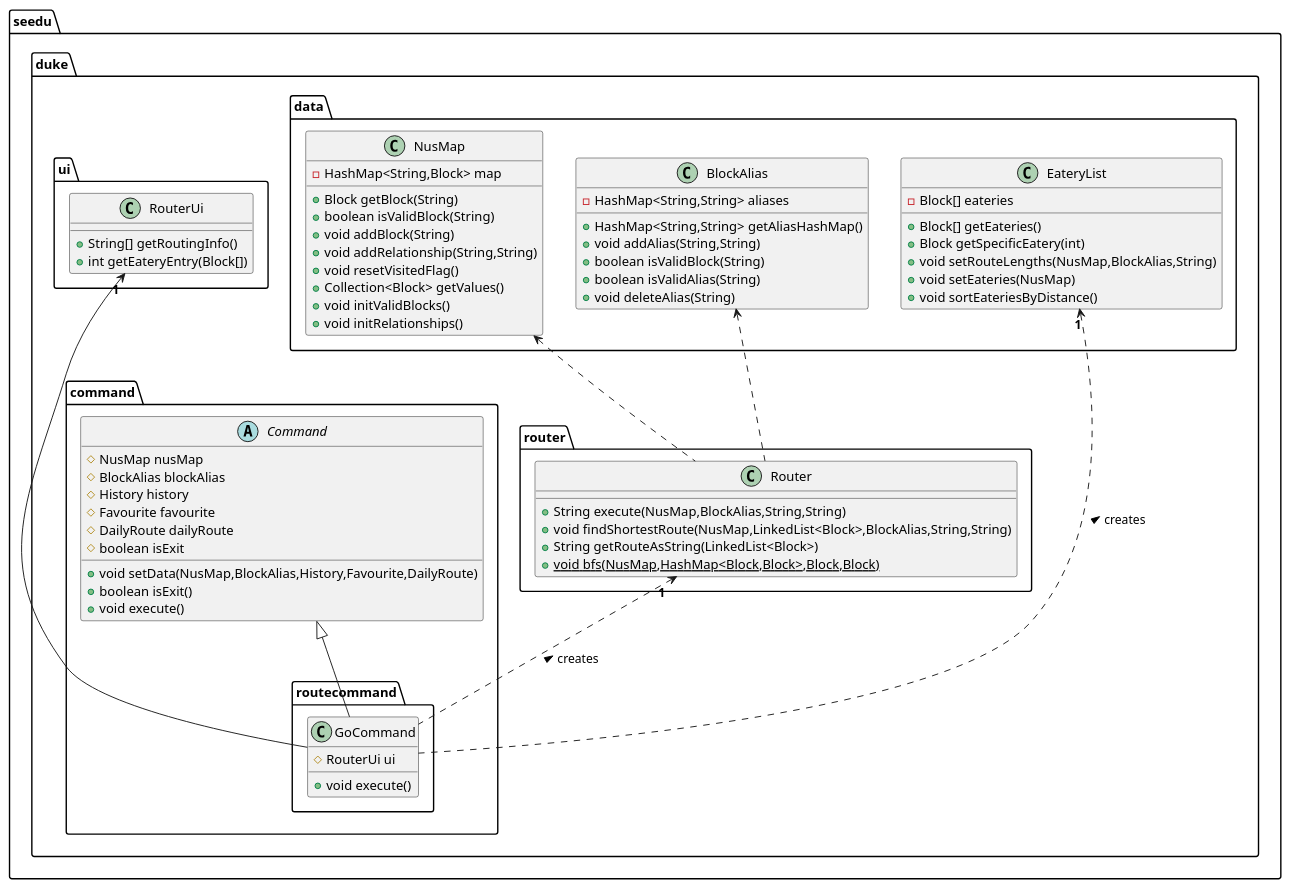
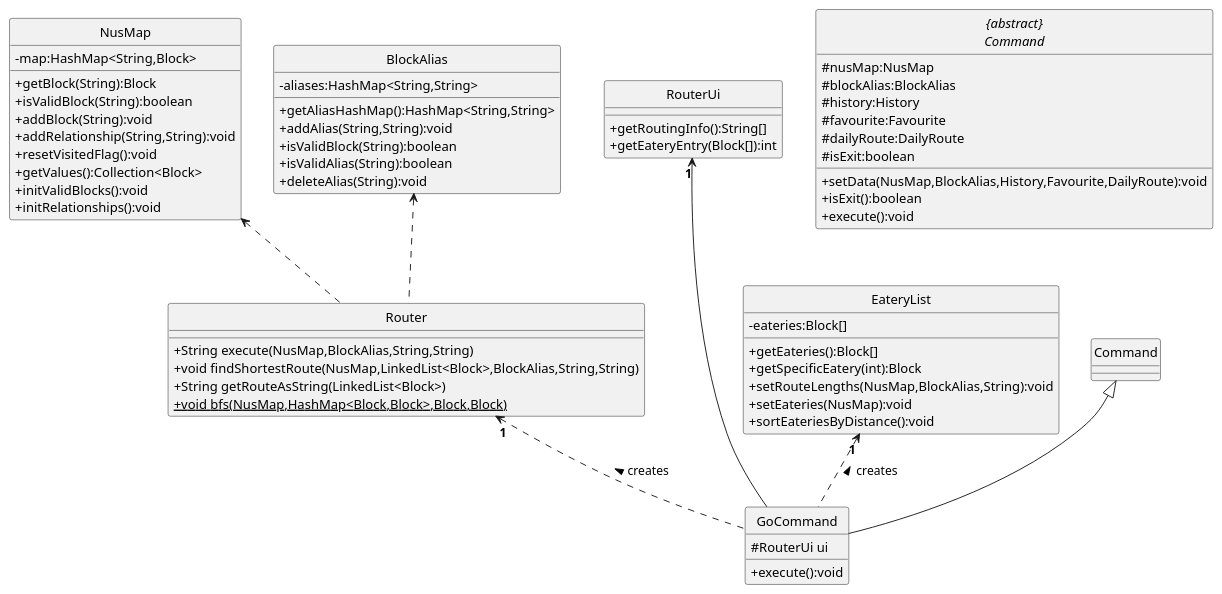
The diagram in docs/Router.puml (nus-cs2113-AY2021S2/tp), drawn with PlantUML before and after one commit. The commit also changed 7 other files, not shown here.

Commit message:
edited uml diagrams to conform to standard

```diff
--- a/docs/Router.puml
+++ b/docs/Router.puml
@@ -1,72 +1,76 @@
 @startuml
 'https://plantuml.com/class-diagram
 
-class seedu.duke.command.routecommand.GoCommand {
+hide circle
+skinparam classAttributeIconSize 0
+
+
+class GoCommand {
 # RouterUi ui
-+ void execute()
++ execute():void
 }
 
-class seedu.duke.data.NusMap {
-- HashMap<String,Block> map
-+ Block getBlock(String)
-+ boolean isValidBlock(String)
-+ void addBlock(String)
-+ void addRelationship(String,String)
-+ void resetVisitedFlag()
-+ Collection<Block> getValues()
-+ void initValidBlocks()
-+ void initRelationships()
+class NusMap {
+- map:HashMap<String,Block>
++ getBlock(String):Block
++ isValidBlock(String):boolean
++ addBlock(String):void
++ addRelationship(String,String):void
++ resetVisitedFlag():void
++ getValues():Collection<Block>
++ initValidBlocks():void
++ initRelationships():void
 }
 
-class seedu.duke.data.BlockAlias {
-- HashMap<String,String> aliases
-+ HashMap<String,String> getAliasHashMap()
-+ void addAlias(String,String)
-+ boolean isValidBlock(String)
-+ boolean isValidAlias(String)
-+ void deleteAlias(String)
+class BlockAlias {
+- aliases:HashMap<String,String>
++ getAliasHashMap():HashMap<String,String>
++ addAlias(String,String):void
++ isValidBlock(String):boolean
++ isValidAlias(String):boolean
++ deleteAlias(String):void
 }
 
-class seedu.duke.router.Router {
+class Router {
 + String execute(NusMap,BlockAlias,String,String)
 + void findShortestRoute(NusMap,LinkedList<Block>,BlockAlias,String,String)
 + String getRouteAsString(LinkedList<Block>)
 + {static} void bfs(NusMap,HashMap<Block,Block>,Block,Block)
 }
 
 
-abstract class seedu.duke.command.Command {
-# NusMap nusMap
-# BlockAlias blockAlias
-# History history
-# Favourite favourite
-# DailyRoute dailyRoute
-# boolean isExit
-+ void setData(NusMap,BlockAlias,History,Favourite,DailyRoute)
-+ boolean isExit()
-+ void execute()
+abstract class "{abstract}\nCommand" {
+# nusMap:NusMap
+# blockAlias:BlockAlias
+# history:History
+# favourite:Favourite
+# dailyRoute:DailyRoute
+# isExit:boolean
++ setData(NusMap,BlockAlias,History,Favourite,DailyRoute):void
++ isExit():boolean
++ execute():void
 }
 
-class seedu.duke.ui.RouterUi {
-+ String[] getRoutingInfo()
-+ int getEateryEntry(Block[])
+class RouterUi {
++ getRoutingInfo():String[]
++ getEateryEntry(Block[]):int
 }
 
-class seedu.duke.data.EateryList {
-- Block[] eateries
-+ Block[] getEateries()
-+ Block getSpecificEatery(int)
-+ void setRouteLengths(NusMap,BlockAlias,String)
-+ void setEateries(NusMap)
-+ void sortEateriesByDistance()
+class EateryList {
+- eateries:Block[]
++ getEateries():Block[]
++ getSpecificEatery(int):Block
++ setRouteLengths(NusMap,BlockAlias,String):void
++ setEateries(NusMap):void
++ sortEateriesByDistance():void
 }
 
-seedu.duke.command.Command <|-- seedu.duke.command.routecommand.GoCommand
-seedu.duke.router.Router "**1**" <.. seedu.duke.command.routecommand.GoCommand : creates <
-seedu.duke.data.EateryList "**1**" <.. seedu.duke.command.routecommand.GoCommand : creates <
-seedu.duke.data.NusMap <.. seedu.duke.router.Router
-seedu.duke.data.BlockAlias <.. seedu.duke.router.Router
-seedu.duke.ui.RouterUi "**1**" <---seedu.duke.command.routecommand.GoCommand
+Command <|-- GoCommand
+Router "**1**" <.. GoCommand : creates <
+EateryList "**1**" <.. GoCommand : creates <
+NusMap <.. Router
+BlockAlias <.. Router
+RouterUi "**1**" <---GoCommand
 
 
 @enduml
```
